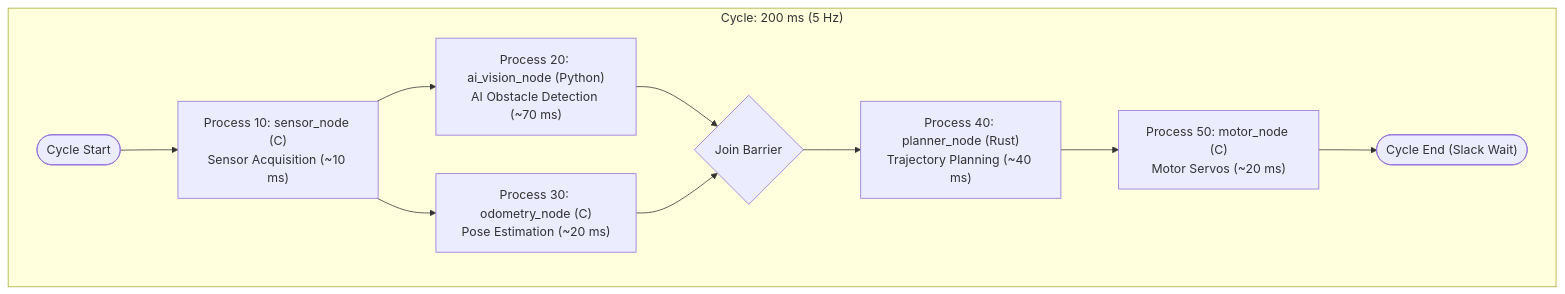
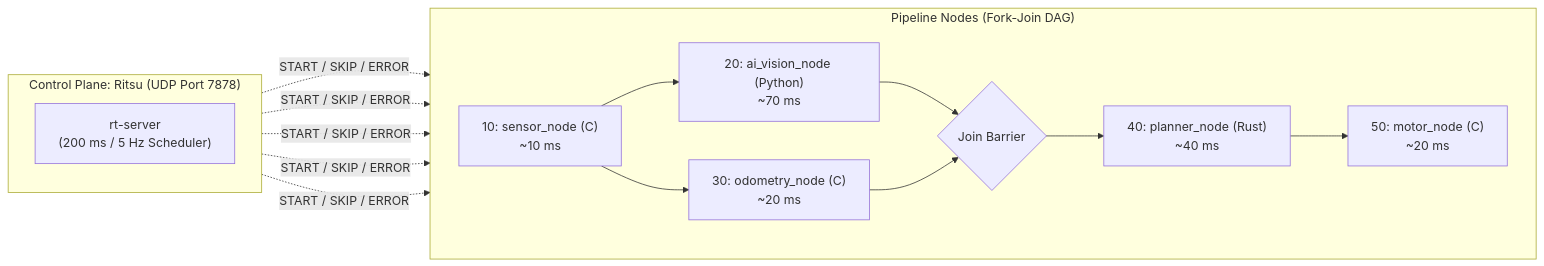
One commit to nao-kawano/ritsu-scheduler changed the diagram in demo/robot-pipeline/README.md. Above: the diagram before and after it, drawn with Mermaid. The commit also changed other lines of this file, not shown here.

First line of the commit message:
docs(demo): align robot pipeline guide with reference structure and current behavior

````diff
--- a/demo/robot-pipeline/README.md
+++ b/demo/robot-pipeline/README.md
@@ -42,13 +42,30 @@
 ```mermaid
-flowchart TD
-    subgraph Cycle ["Cycle: 200 ms (5 Hz)"]
-        Start(["Cycle Start"]) --> N10["Process 10: sensor_node (C)<br/>Sensor Acquisition (~10 ms)"]
-        N10 --> N20["Process 20: ai_vision_node (Python)<br/>AI Obstacle Detection (~70 ms)"]
-        N10 --> N30["Process 30: odometry_node (C)<br/>Pose Estimation (~20 ms)"]
-        N20 --> N40{"Join Barrier"}
-        N30 --> N40
-        N40 --> N41["Process 40: planner_node (Rust)<br/>Trajectory Planning (~40 ms)"]
-        N41 --> N50["Process 50: motor_node (C)<br/>Motor Servos (~20 ms)"]
-        N50 --> End(["Cycle End (Slack Wait)"])
+flowchart LR
+    subgraph ControlPlane ["Control Plane: Ritsu (UDP Port 7878)"]
+        direction TB
+        Server["rt-server<br/>(200 ms / 5 Hz Scheduler)"]
     end
+
+    subgraph Pipeline ["Pipeline Nodes (Fork-Join DAG)"]
+        direction LR
+        N10["10: sensor_node (C)<br/>~10 ms"]
+        N20["20: ai_vision_node (Python)<br/>~70 ms"]
+        N30["30: odometry_node (C)<br/>~20 ms"]
+        J{"Join Barrier"}
+        N40["40: planner_node (Rust)<br/>~40 ms"]
+        N50["50: motor_node (C)<br/>~20 ms"]
+
+        N10 --> N20
+        N10 --> N30
+        N20 --> J
+        N30 --> J
+        J --> N40
+        N40 --> N50
+    end
+
+    Server -. "START / SKIP / ERROR" .-> N10
+    Server -. "START / SKIP / ERROR" .-> N20
+    Server -. "START / SKIP / ERROR" .-> N30
+    Server -. "START / SKIP / ERROR" .-> N40
+    Server -. "START / SKIP / ERROR" .-> N50
 ```
````
